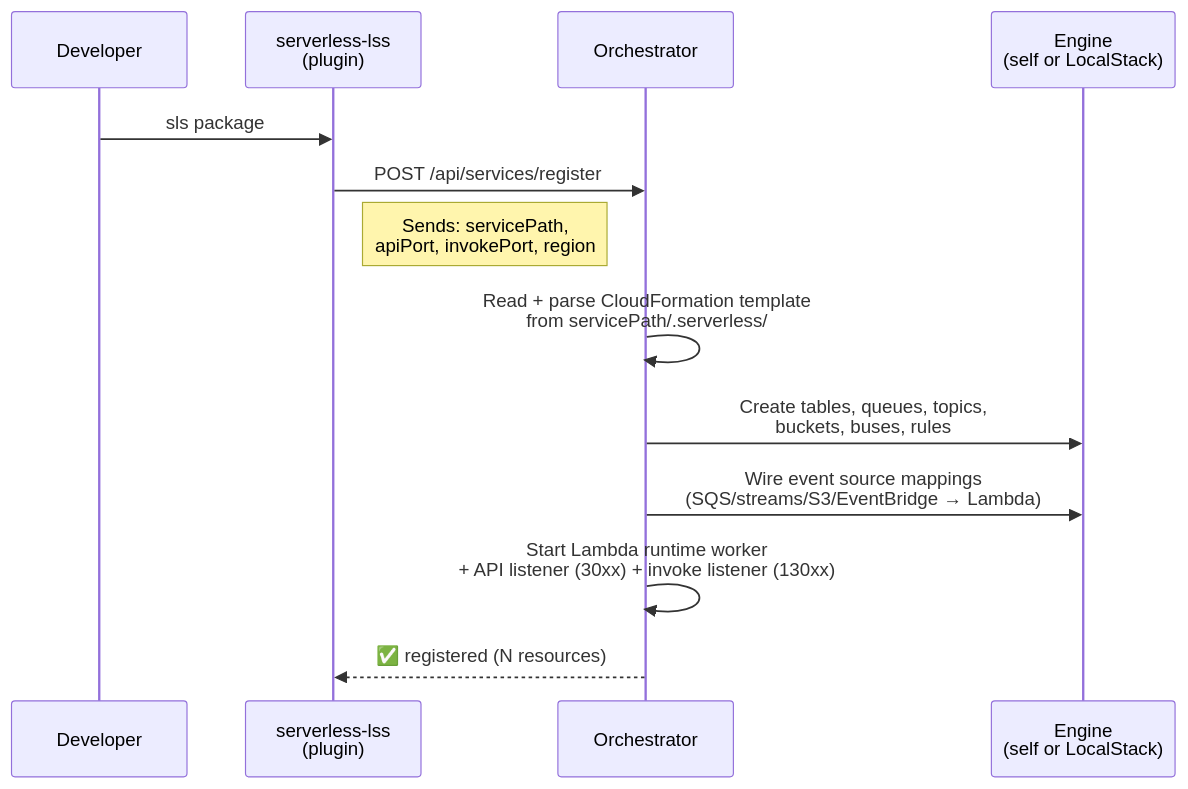
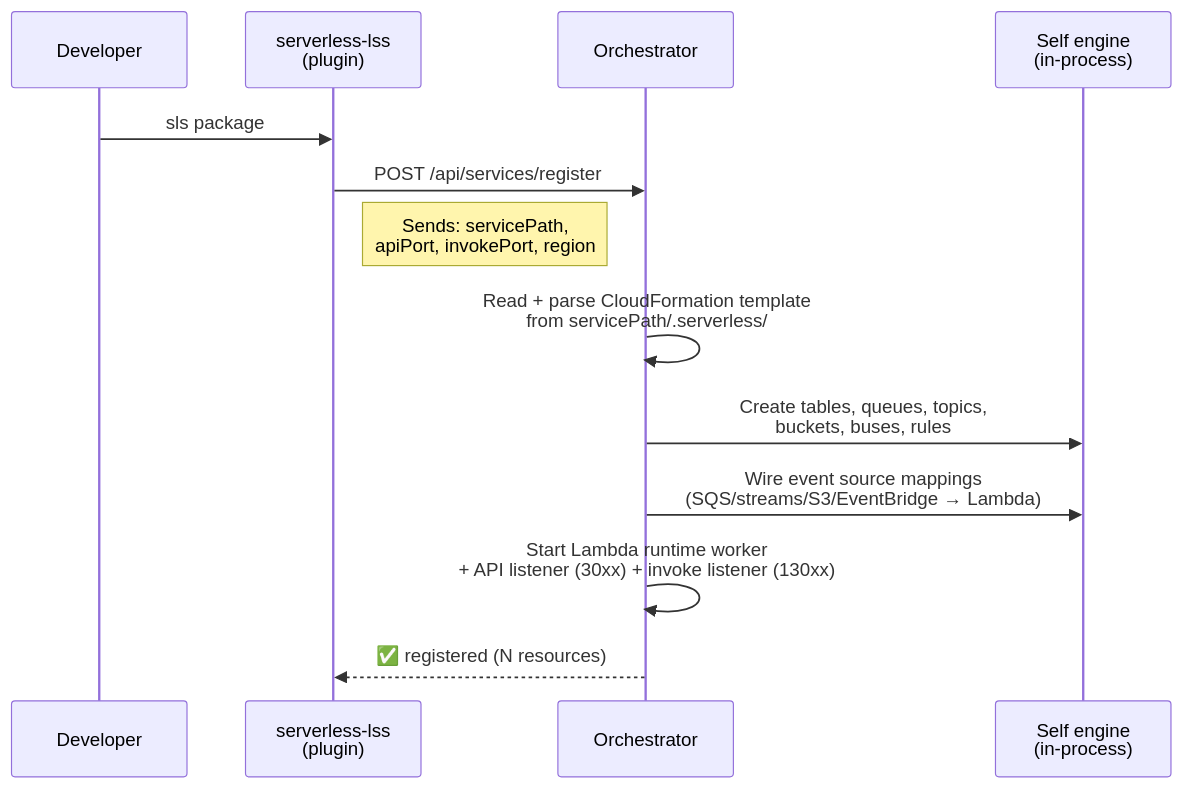
One commit to Viserion77/local-serverless-stack changed the third of 4 diagrams in README.md. Above: the diagram before and after it, drawn with Mermaid. The commit also changed other lines of this file and 163 other files, not shown here.

First line of the commit message:
Refactor tests to replace LocalStackManager with EngineManager

````diff
--- a/README.md
+++ b/README.md
@@ -361,16 +321,16 @@
 ```mermaid
 sequenceDiagram
     participant Dev as Developer
     participant Plugin as serverless-lss<br/>(plugin)
     participant Orch as Orchestrator
-    participant Eng as Engine<br/>(self or LocalStack)
+    participant Eng as Self engine<br/>(in-process)
 
     Dev->>Plugin: sls package
     Plugin->>Orch: POST /api/services/register
     Note right of Plugin: Sends: servicePath,<br/>apiPort, invokePort, region
     Orch->>Orch: Read + parse CloudFormation template<br/>from servicePath/.serverless/
     Orch->>Eng: Create tables, queues, topics,<br/>buckets, buses, rules
     Orch->>Eng: Wire event source mappings<br/>(SQS/streams/S3/EventBridge → Lambda)
     Orch->>Orch: Start Lambda runtime worker<br/>+ API listener (30xx) + invoke listener (130xx)
     Orch-->>Plugin: ✅ registered (N resources)
 ```
````
